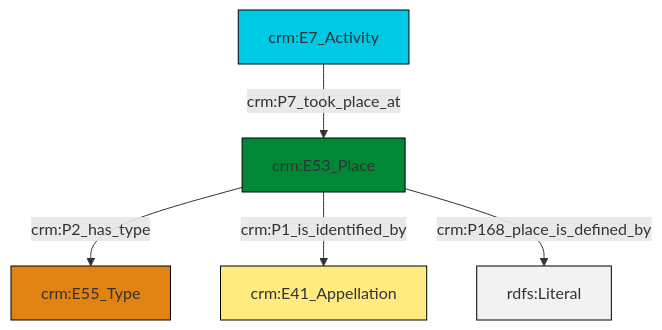
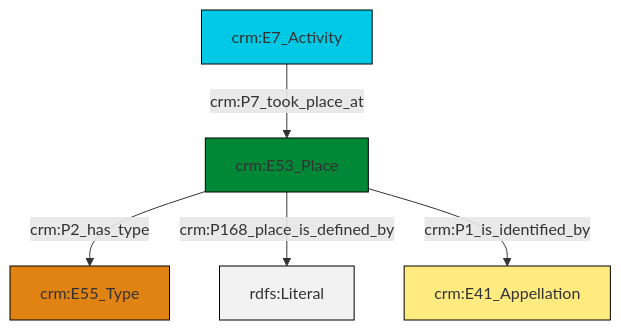
The diagram in et/eventCSV/ttl/mmd/event_location.ttl.mmd (swiss-art-research-net/docs.swissartresearch), drawn with Mermaid before and after one commit. The commit also changed 210 other files, not shown here.

```diff
--- a/et/eventCSV/ttl/mmd/event_location.ttl.mmd
+++ b/et/eventCSV/ttl/mmd/event_location.ttl.mmd
@@ -1,19 +1,19 @@
 graph TD
 classDef Literal fill:#f2f2f2,stroke:#000000;
 classDef CRM_Entity fill:#FFFFFF,stroke:#000000;
 classDef Temporal_Entity fill:#00C9E6, stroke:#000000;
 classDef Type fill:#E18312, stroke:#000000;
 classDef Time-Span fill:#2C9C91, stroke:#000000;
 classDef Appellation fill:#FFEB7F, stroke:#000000;
 classDef Place fill:#008836, stroke:#000000;
 classDef Persistent_Item fill:#B266B2, stroke:#000000;
 classDef Conceptual_Object fill:#FFD700, stroke:#000000;
 classDef Physical_Thing fill:#D2B48C, stroke:#000000;
 classDef Actor fill:#f58aad, stroke:#000000;
 classDef PC_Classes fill:#4ce600, stroke:#000000;
 classDef Multi fill:#cccccc,stroke:#000000;
 
-0["crm:E53_Place"]:::Place -->|crm:P2_has_type| 1["crm:E55_Type"]:::Type
-0["crm:E53_Place"]:::Place -->|crm:P1_is_identified_by| 5["crm:E41_Appellation"]:::Appellation
-0["crm:E53_Place"]:::Place -->|crm:P168_place_is_defined_by| 6[rdfs:Literal]:::Literal
-3["crm:E7_Activity"]:::Temporal_Entity -->|crm:P7_took_place_at| 0["crm:E53_Place"]:::Place
+2["crm:E53_Place"]:::Place -->|crm:P2_has_type| 0["crm:E55_Type"]:::Type
+2["crm:E53_Place"]:::Place -->|crm:P168_place_is_defined_by| 4[rdfs:Literal]:::Literal
+7["crm:E7_Activity"]:::Temporal_Entity -->|crm:P7_took_place_at| 2["crm:E53_Place"]:::Place
+2["crm:E53_Place"]:::Place -->|crm:P1_is_identified_by| 5["crm:E41_Appellation"]:::Appellation
```
